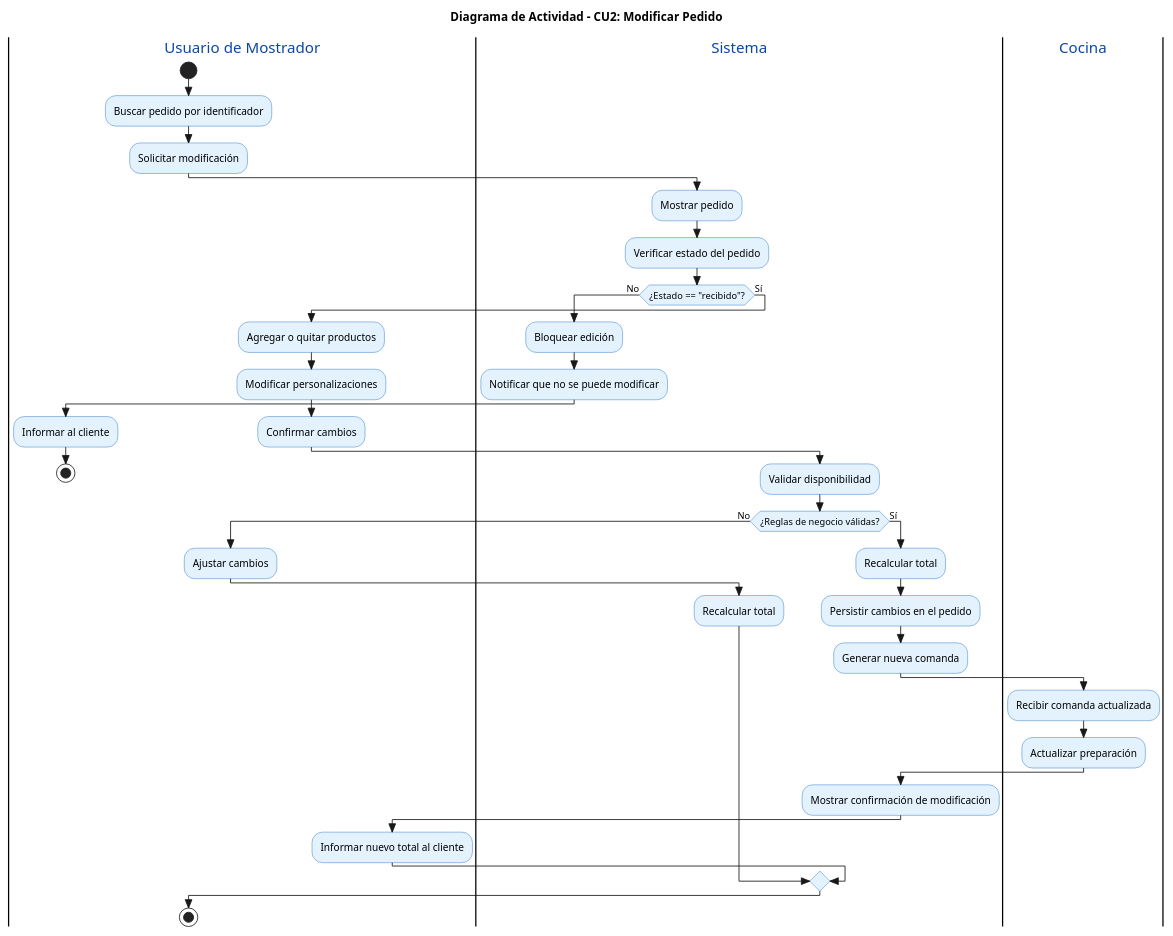
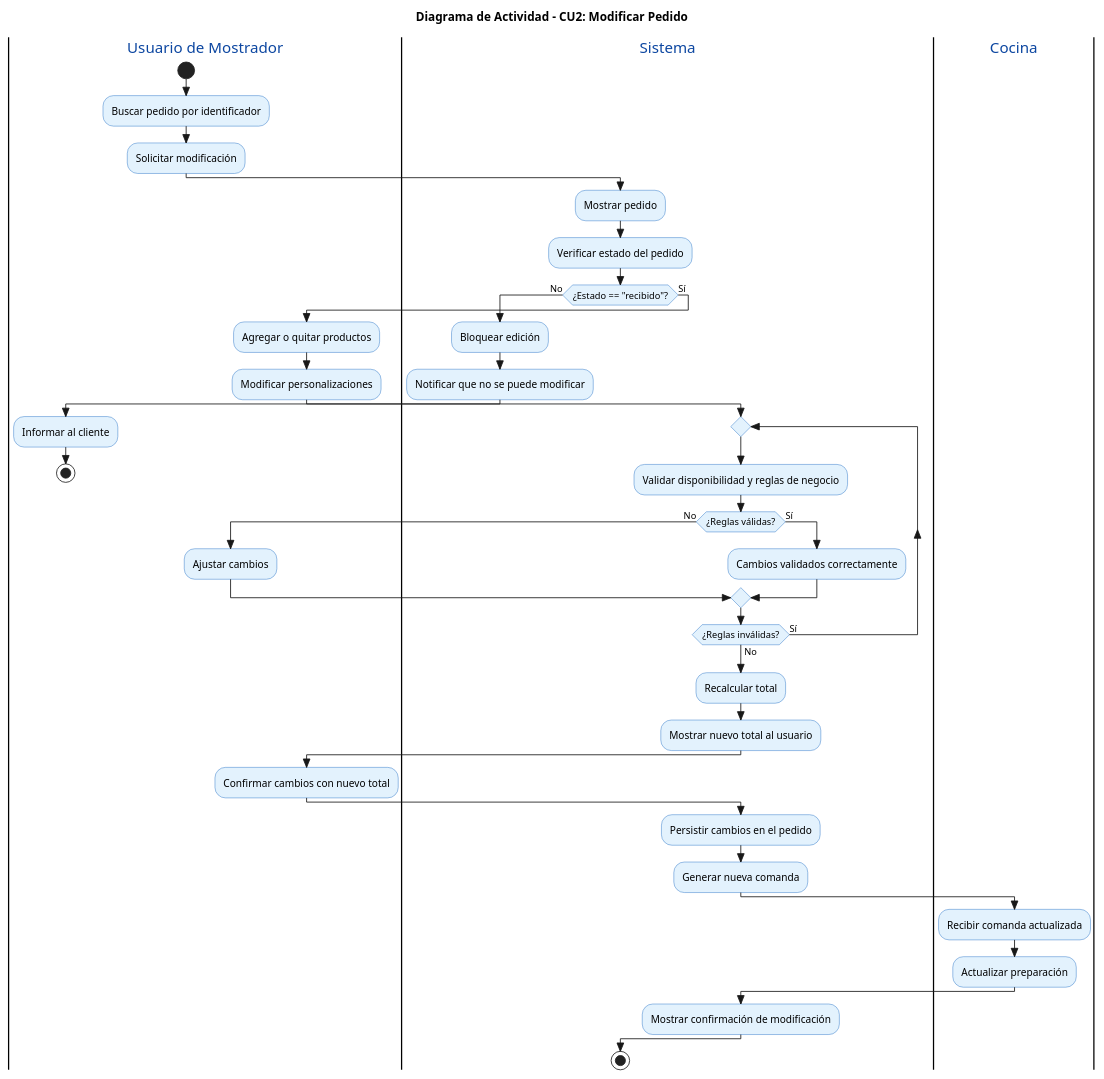
Before and after one commit to lucasmengarelli3/SistemaPedidos: the diagram in diagramas/04-diagramas-actividades/04-actividad-modificar-pedido-02.puml, drawn with PlantUML. The commit also changed 5 other files, not shown here.

Commit message:
docs: registra PR #193 en changelog y actualiza diagramas segun revisión

```diff
--- a/diagramas/04-diagramas-actividades/04-actividad-modificar-pedido-02.puml
+++ b/diagramas/04-diagramas-actividades/04-actividad-modificar-pedido-02.puml
@@ -1,54 +1,60 @@
 @startuml
 skinparam style strictuml
 skinparam ActivityBackgroundColor #E3F2FD
 skinparam ActivityBorderColor #1565C0
 skinparam SwimlaneTitleFontColor #0D47A1
 
 title Diagrama de Actividad - CU2: Modificar Pedido
 
 |Usuario de Mostrador|
 start
 :Buscar pedido por identificador;
 :Solicitar modificación;
 
 |Sistema|
 :Mostrar pedido;
 :Verificar estado del pedido;
 if (¿Estado == "recibido"?) then (No)
   |Sistema|
   :Bloquear edición;
   :Notificar que no se puede modificar;
   |Usuario de Mostrador|
   :Informar al cliente;
   stop
 else (Sí)
   |Usuario de Mostrador|
   :Agregar o quitar productos;
   :Modificar personalizaciones;
-  :Confirmar cambios;
   
   |Sistema|
-  :Validar disponibilidad;
-  if (¿Reglas de negocio válidas?) then (No)
-    |Usuario de Mostrador|
-    :Ajustar cambios;
-    |Sistema|
-    :Recalcular total;
-  else (Sí)
-    |Sistema|
-    :Recalcular total;
-    :Persistir cambios en el pedido;
-    :Generar nueva comanda;
-    
-    |Cocina|
-    :Recibir comanda actualizada;
-    :Actualizar preparación;
-    
-    |Sistema|
-    :Mostrar confirmación de modificación;
-    |Usuario de Mostrador|
-    :Informar nuevo total al cliente;
-  endif
+  repeat
+    :Validar disponibilidad y reglas de negocio;
+    if (¿Reglas válidas?) then (No)
+      |Usuario de Mostrador|
+      :Ajustar cambios;
+    else (Sí)
+      |Sistema|
+      :Cambios validados correctamente;
+    endif
+  repeat while (¿Reglas inválidas?) is (Sí) not (No)
+
+  |Sistema|
+  :Recalcular total;
+  :Mostrar nuevo total al usuario;
+
+  |Usuario de Mostrador|
+  :Confirmar cambios con nuevo total;
+
+  |Sistema|
+  :Persistir cambios en el pedido;
+  :Generar nueva comanda;
+
+  |Cocina|
+  :Recibir comanda actualizada;
+  :Actualizar preparación;
+
+  |Sistema|
+  :Mostrar confirmación de modificación;
 endif
 stop
 @enduml
```
